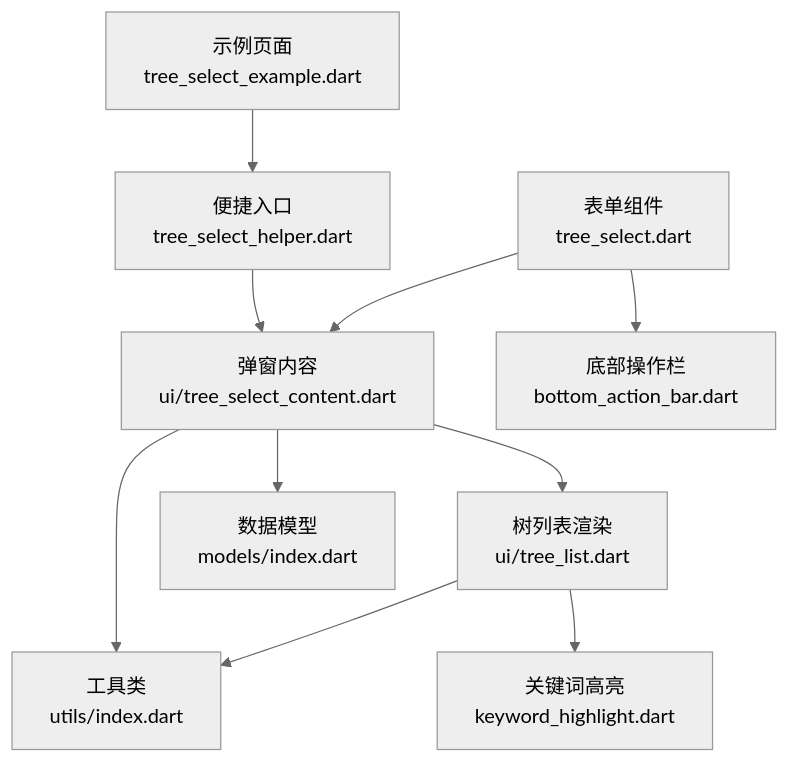
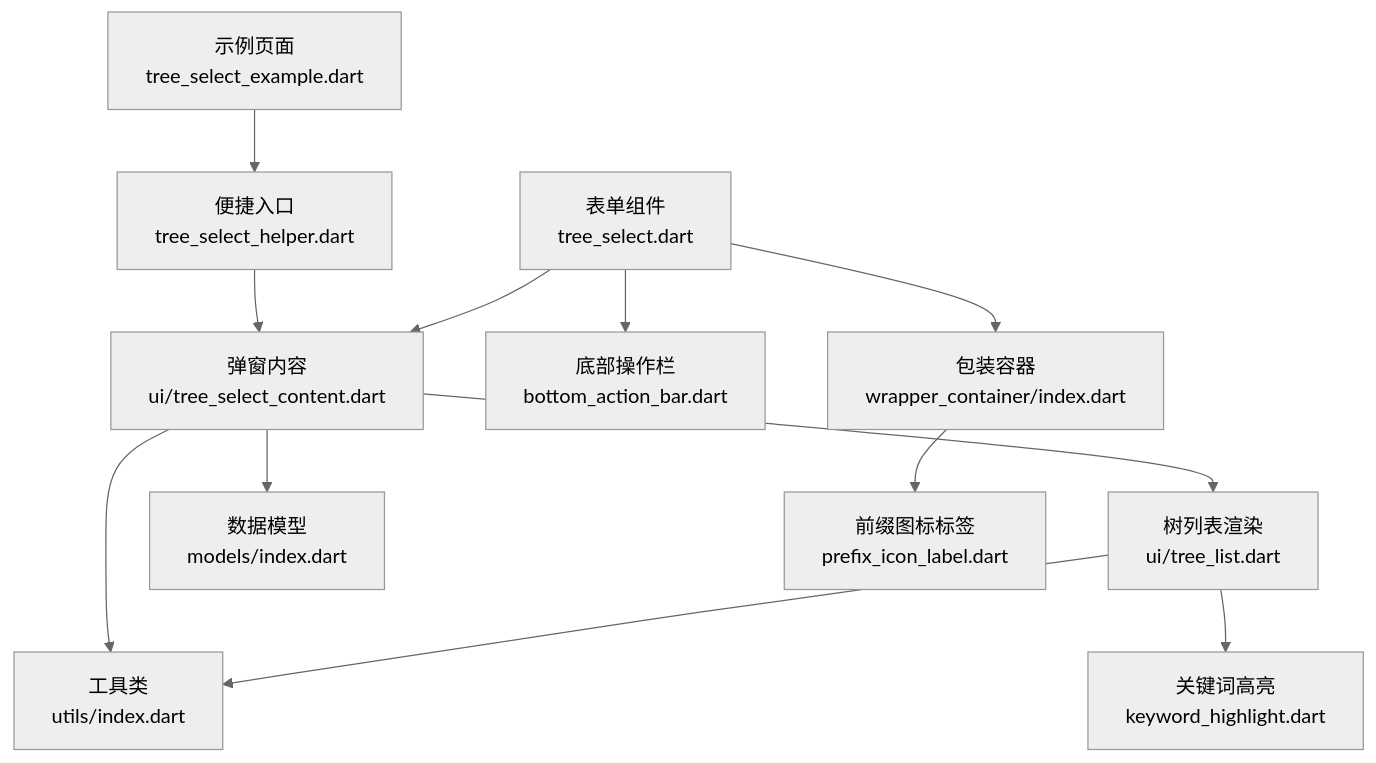
One commit to yuzhido/lite-ui changed the first of 3 diagrams in .qoder/repowiki/zh/content/API 参考/高级组件 API/TreeSelect 树形选择器 API.md. Above: the diagram before and after it, drawn with Mermaid (neutral theme). The commit also changed other lines of this file and 14 other files, not shown here.

````diff
--- a/.qoder/repowiki/zh/content/API 参考/高级组件 API/TreeSelect 树形选择器 API.md
+++ b/.qoder/repowiki/zh/content/API 参考/高级组件 API/TreeSelect 树形选择器 API.md
@@ -48,12 +53,14 @@
 ```mermaid
 graph TB
 A["示例页面<br/>tree_select_example.dart"] --> B["便捷入口<br/>tree_select_helper.dart"]
 B --> C["弹窗内容<br/>ui/tree_select_content.dart"]
 C --> D["树列表渲染<br/>ui/tree_list.dart"]
 C --> E["工具类<br/>utils/index.dart"]
 D --> E
 C --> F["数据模型<br/>models/index.dart"]
 D --> G["关键词高亮<br/>keyword_highlight.dart"]
 H["表单组件<br/>tree_select.dart"] --> C
 H --> I["底部操作栏<br/>bottom_action_bar.dart"]
+H --> J["包装容器<br/>wrapper_container/index.dart"]
+J --> K["前缀图标标签<br/>prefix_icon_label.dart"]
 ```
````
